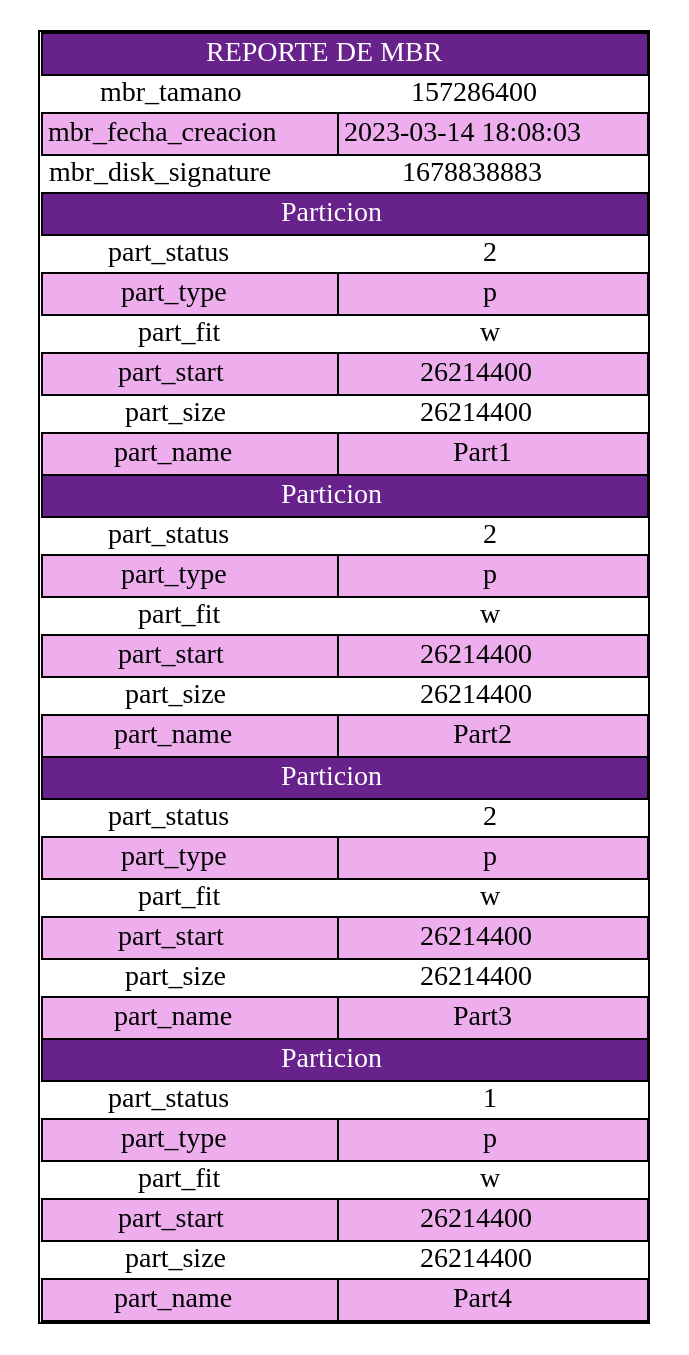
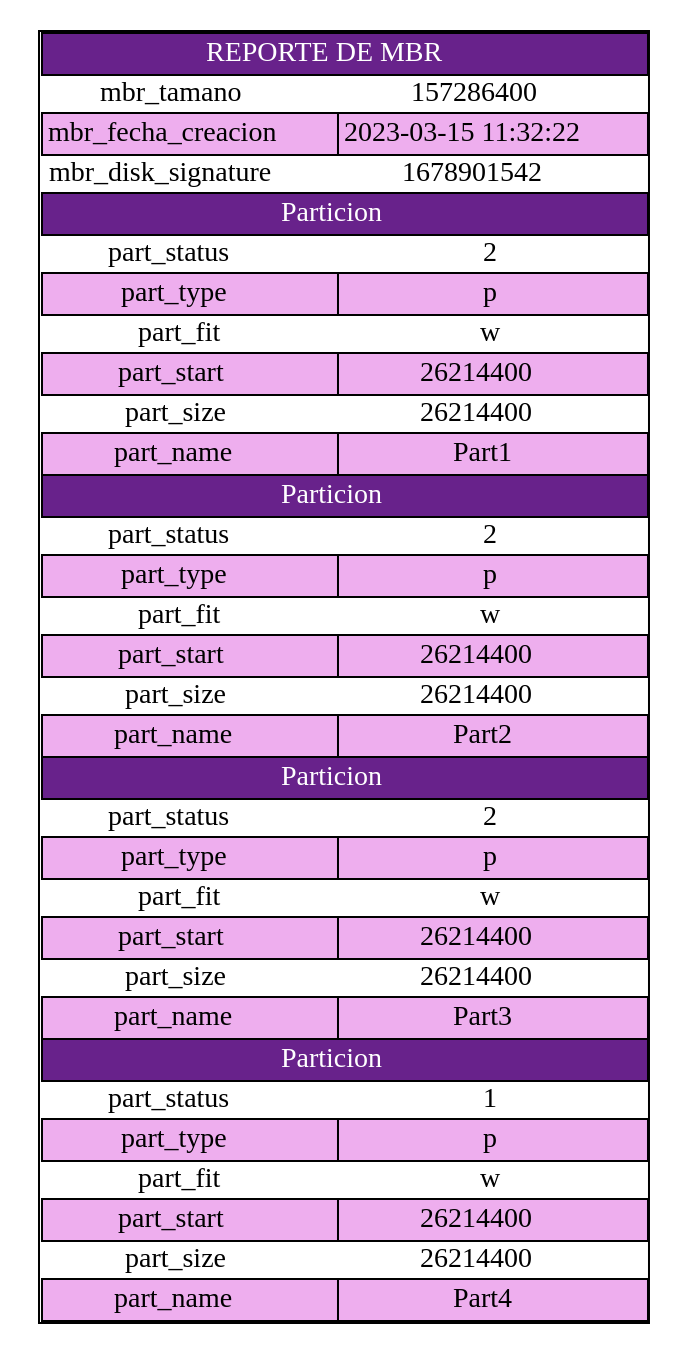
Before and after one commit to diegomazariegos2002/_MIA1S2023_PROYECTO1: the diagram in Proyecto/cmake-build-debug/mbr.dot, drawn with Graphviz. The commit also changed 17 other files, not shown here.

```diff
--- a/Proyecto/cmake-build-debug/mbr.dot
+++ b/Proyecto/cmake-build-debug/mbr.dot
@@ -1,18 +1,18 @@
 digraph G {
 node[shape=none]
 start[label=<<table CELLSPACING="0">
 <tr><td colspan="2" bgcolor="darkorchid4"><font color="white">REPORTE DE MBR</font></td></tr>
 <tr>
 <td border="0">mbr_tamano</td>
 <td border="0">157286400</td>
 </tr>
 <tr>
 <td bgcolor="plum2">mbr_fecha_creacion</td>
-<td bgcolor="plum2">2023-03-14 18:08:03</td>
+<td bgcolor="plum2">2023-03-15 11:32:22</td>
 </tr>
 <tr>
 <td border="0">mbr_disk_signature</td>
-<td border="0">1678838883</td>
+<td border="0">1678901542</td>
 </tr>
 <tr><td colspan="2" bgcolor="darkorchid4"><font color="white">Particion</font></td></tr><tr><td border="0">part_status</td><td border="0">2</td></tr><tr><td bgcolor="plum2">part_type</td><td bgcolor="plum2">p</td></tr><tr><td border="0">part_fit</td><td border="0">w</td></tr><tr><td bgcolor="plum2">part_start</td><td bgcolor="plum2">26214400</td></tr><tr><td border="0">part_size</td><td border="0">26214400</td></tr><tr><td bgcolor="plum2">part_name</td><td bgcolor="plum2">Part1</td></tr><tr><td colspan="2" bgcolor="darkorchid4"><font color="white">Particion</font></td></tr><tr><td border="0">part_status</td><td border="0">2</td></tr><tr><td bgcolor="plum2">part_type</td><td bgcolor="plum2">p</td></tr><tr><td border="0">part_fit</td><td border="0">w</td></tr><tr><td bgcolor="plum2">part_start</td><td bgcolor="plum2">26214400</td></tr><tr><td border="0">part_size</td><td border="0">26214400</td></tr><tr><td bgcolor="plum2">part_name</td><td bgcolor="plum2">Part2</td></tr><tr><td colspan="2" bgcolor="darkorchid4"><font color="white">Particion</font></td></tr><tr><td border="0">part_status</td><td border="0">2</td></tr><tr><td bgcolor="plum2">part_type</td><td bgcolor="plum2">p</td></tr><tr><td border="0">part_fit</td><td border="0">w</td></tr><tr><td bgcolor="plum2">part_start</td><td bgcolor="plum2">26214400</td></tr><tr><td border="0">part_size</td><td border="0">26214400</td></tr><tr><td bgcolor="plum2">part_name</td><td bgcolor="plum2">Part3</td></tr><tr><td colspan="2" bgcolor="darkorchid4"><font color="white">Particion</font></td></tr><tr><td border="0">part_status</td><td border="0">1</td></tr><tr><td bgcolor="plum2">part_type</td><td bgcolor="plum2">p</td></tr><tr><td border="0">part_fit</td><td border="0">w</td></tr><tr><td bgcolor="plum2">part_start</td><td bgcolor="plum2">26214400</td></tr><tr><td border="0">part_size</td><td border="0">26214400</td></tr><tr><td bgcolor="plum2">part_name</td><td bgcolor="plum2">Part4</td></tr></table>>];
 }
```
